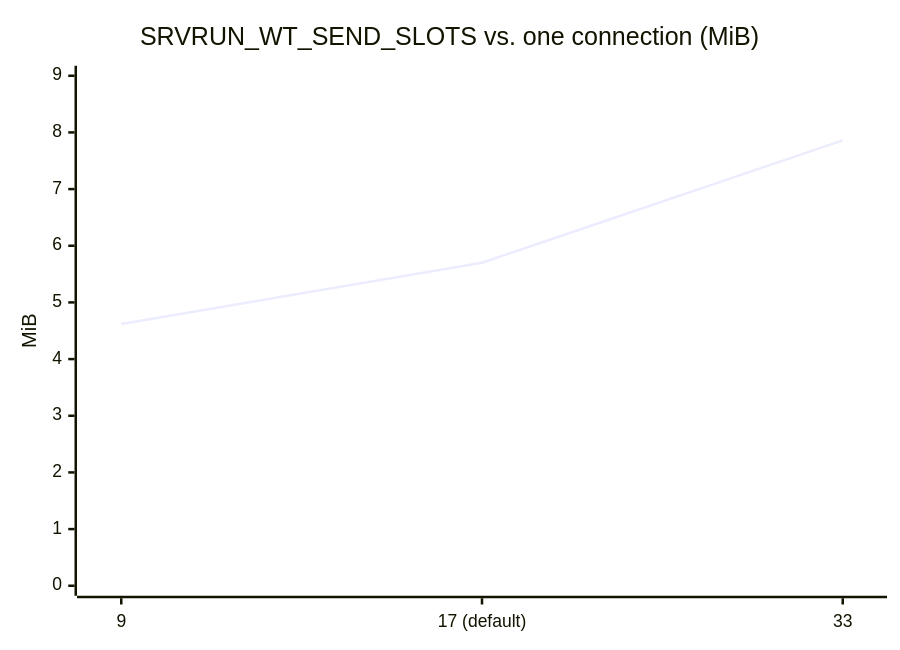
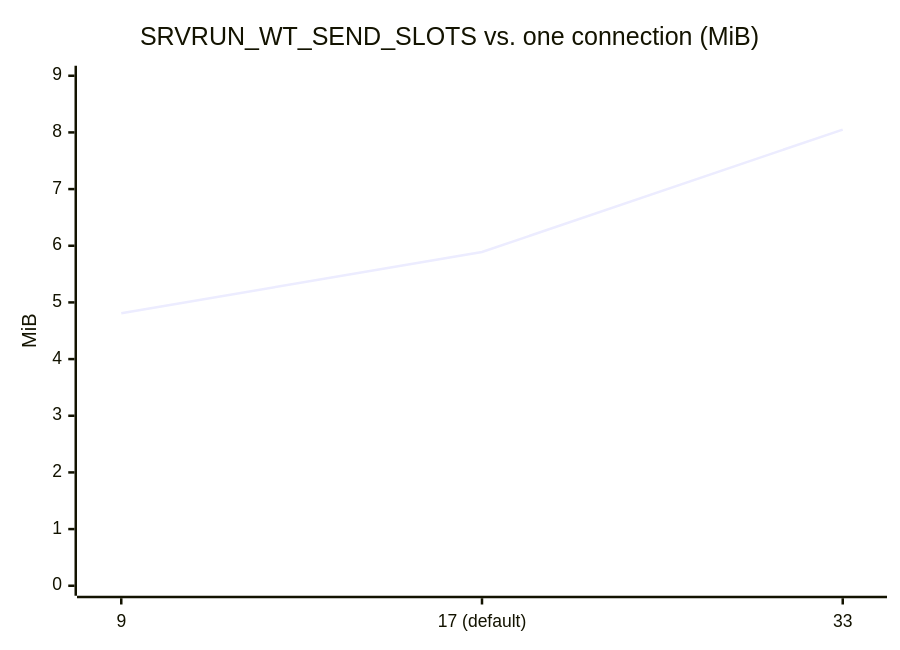
Before and after one commit to Hakkadaikon/wired: the fourth of 9 diagrams in docs/arch/memory.md, drawn with Mermaid. The commit also changed other lines of this file and 11 other files, not shown here.

````diff
--- a/docs/arch/memory.md
+++ b/docs/arch/memory.md
@@ -123,7 +123,7 @@
 ```mermaid
 xychart-beta
     title "SRVRUN_WT_SEND_SLOTS vs. one connection (MiB)"
     x-axis ["9", "17 (default)", "33"]
     y-axis "MiB" 0 --> 9
-    line [4.62, 5.70, 7.86]
+    line [4.81, 5.89, 8.05]
 ```
````
